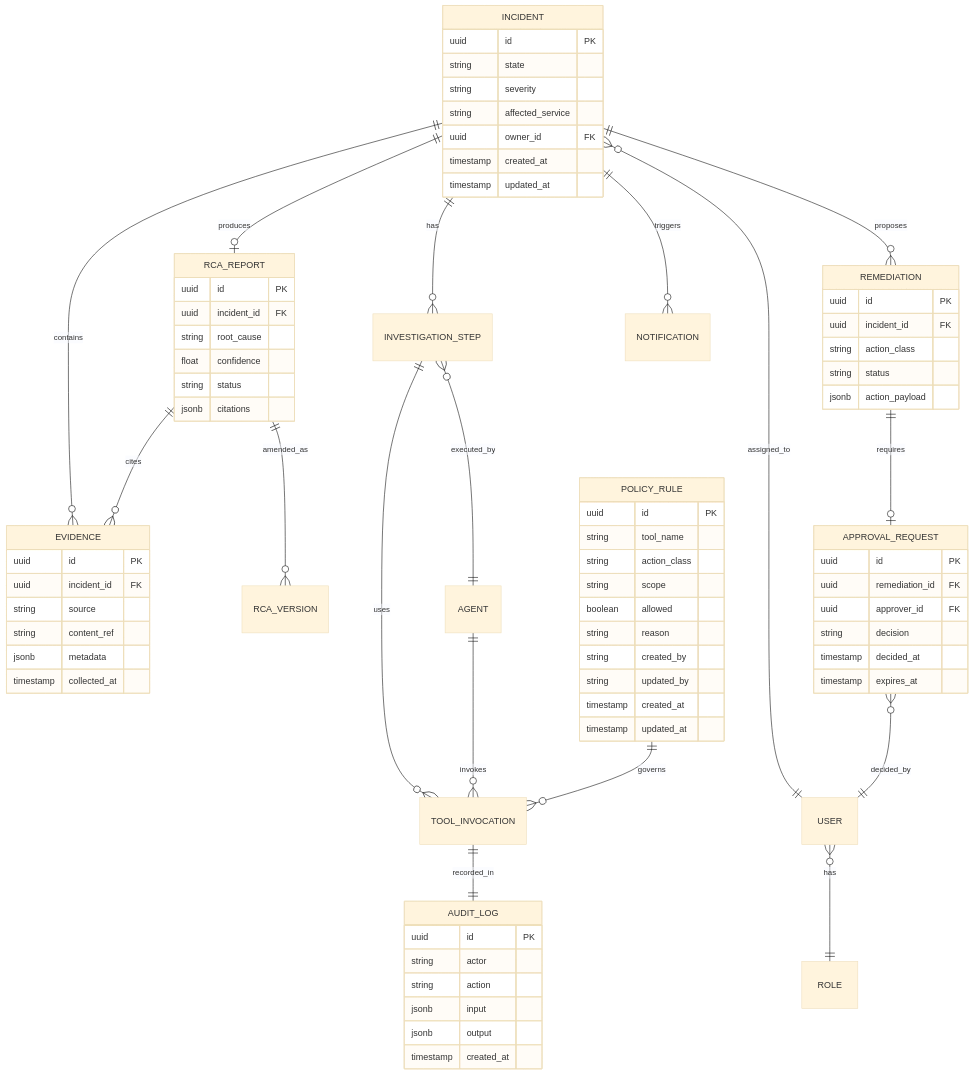
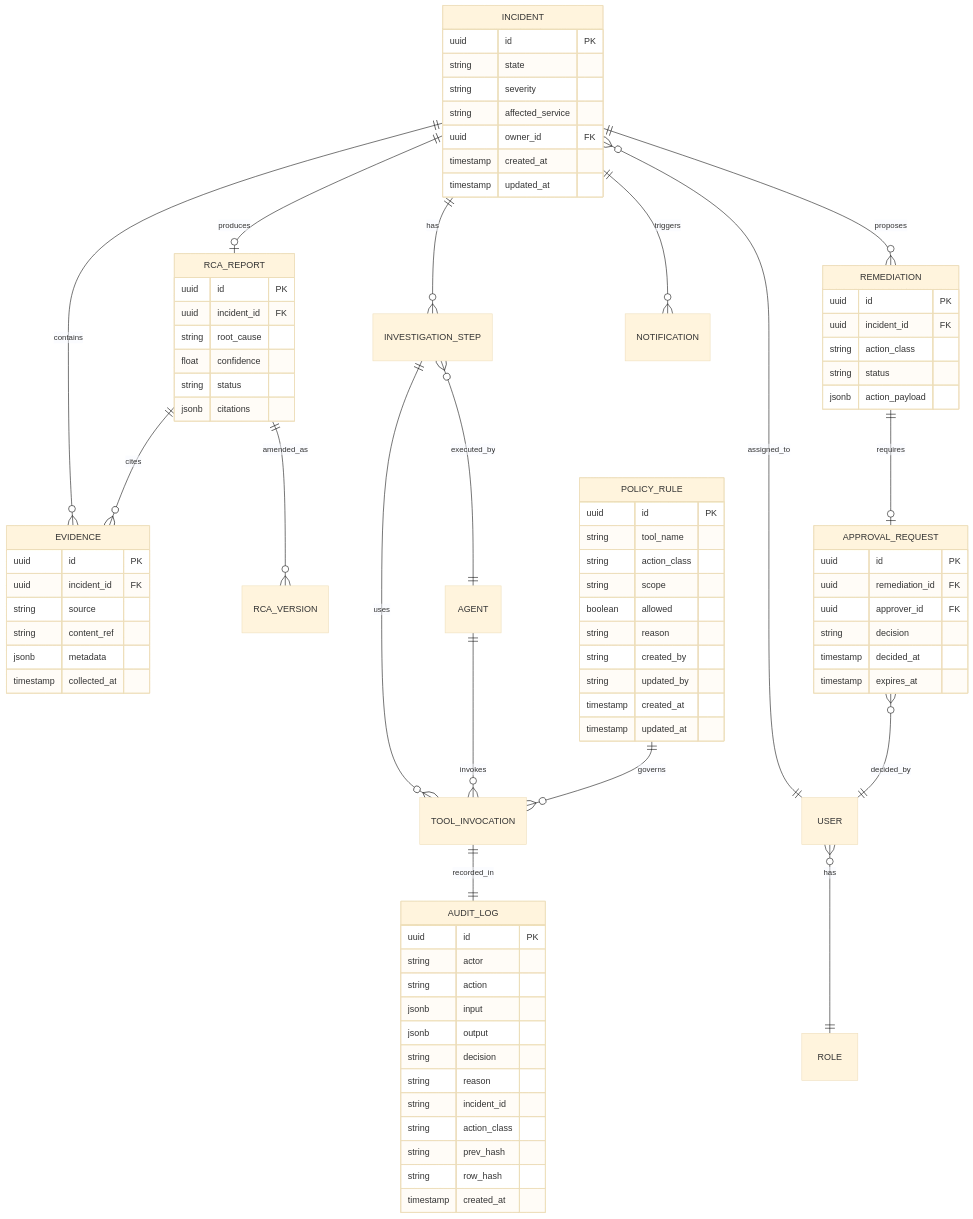
One commit to alihassan186/aegis-ai-engineering-platform changed the sixth of 15 diagrams in docs/architecture/platform-overview.md. Above: the diagram before and after it, drawn with Mermaid (base theme). The commit also changed 2 other files, not shown here.

Commit message:
added documentation for audit log

```diff
--- a/docs/architecture/platform-overview.md
+++ b/docs/architecture/platform-overview.md
@@ -399,6 +399,12 @@
         string action
         jsonb input
         jsonb output
+        string decision
+        string reason
+        string incident_id
+        string action_class
+        string prev_hash
+        string row_hash
         timestamp created_at
     }
 
```
